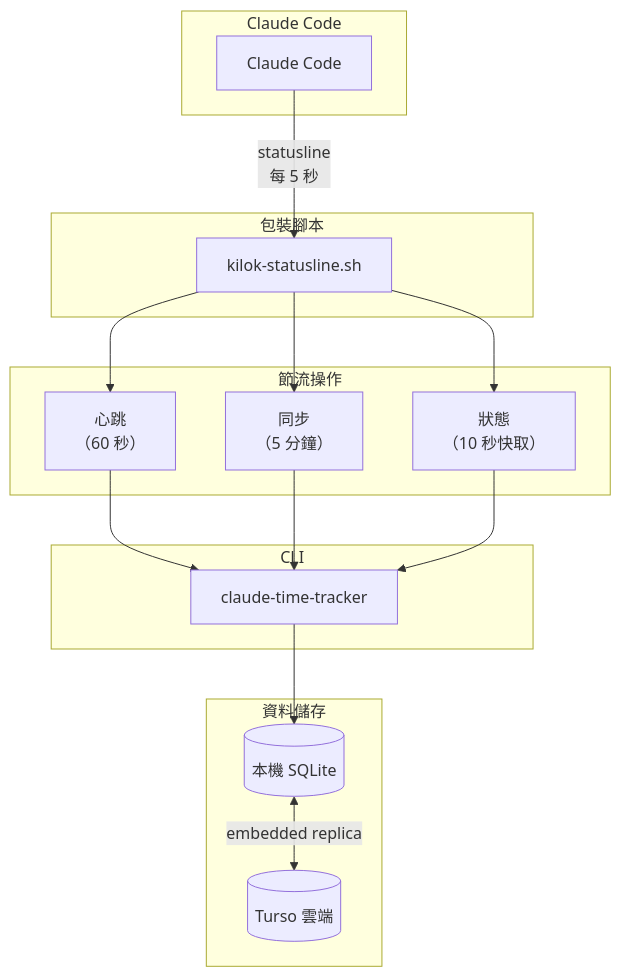
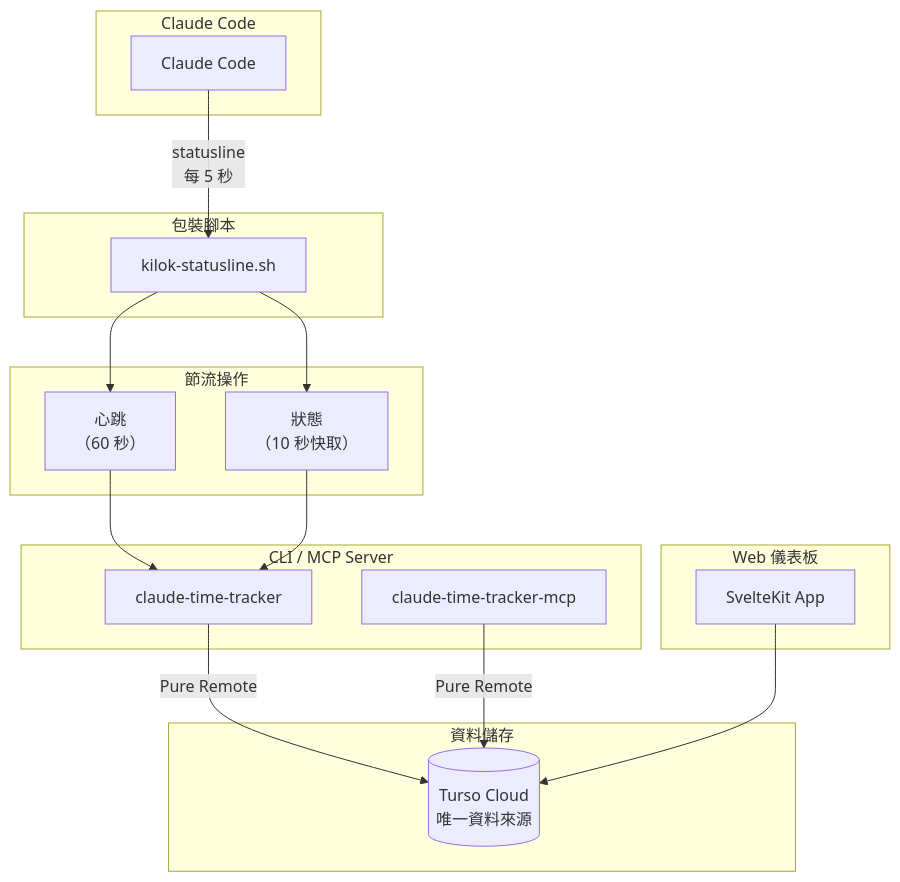
The diagram in README.md (cyanglee/Kilok), drawn with Mermaid before and after one commit. The commit also changed other lines of this file and 1 other file, not shown here.

First line of the commit message:
docs: clarify pure remote mode and statusline features

````diff
--- a/README.md
+++ b/README.md
@@ -440,35 +459,37 @@
 ```mermaid
 flowchart TB
     subgraph Claude["Claude Code"]
         CC[Claude Code]
     end
 
     subgraph Wrapper["包裝腳本"]
         WS[kilok-statusline.sh]
     end
 
     subgraph Operations["節流操作"]
         HB["心跳<br/>（60 秒）"]
-        SYNC["同步<br/>（5 分鐘）"]
         STATUS["狀態<br/>（10 秒快取）"]
     end
 
-    subgraph CLI["CLI"]
+    subgraph CLI["CLI / MCP Server"]
         TRACKER[claude-time-tracker]
+        MCP[claude-time-tracker-mcp]
     end
 
     subgraph Storage["資料儲存"]
-        LOCAL[(本機 SQLite)]
-        CLOUD[(Turso 雲端)]
+        CLOUD[(Turso Cloud<br/>唯一資料來源)]
+    end
+
+    subgraph Web["Web 儀表板"]
+        WEBAPP[SvelteKit App]
     end
 
     CC -->|"statusline<br/>每 5 秒"| WS
     WS --> HB
-    WS --> SYNC
     WS --> STATUS
     HB --> TRACKER
-    SYNC --> TRACKER
     STATUS --> TRACKER
-    TRACKER --> LOCAL
-    LOCAL <-->|"embedded replica"| CLOUD
+    TRACKER -->|"Pure Remote"| CLOUD
+    MCP -->|"Pure Remote"| CLOUD
+    WEBAPP --> CLOUD
 ```
````
